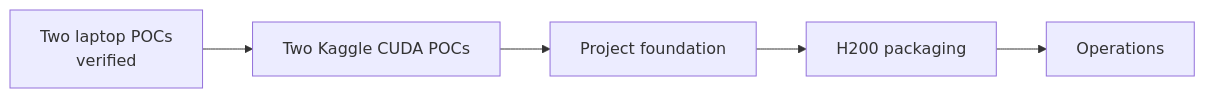
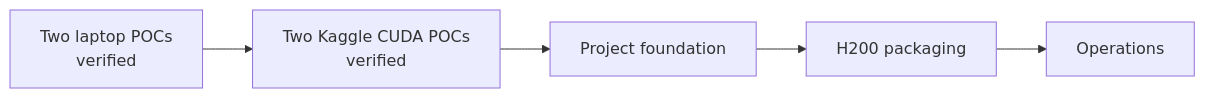
One commit to gh-andirdju/ml changed the diagram in docs/05-plan/phases.md. Above: the diagram before and after it, drawn with Mermaid. The commit also changed other lines of this file and 12 other files, not shown here.

Commit message:
Record verified Kaggle CUDA results

````diff
--- a/docs/05-plan/phases.md
+++ b/docs/05-plan/phases.md
@@ -6,7 +6,7 @@
 ```mermaid
 flowchart LR
-    local[Two laptop POCs<br/>verified] --> kaggle[Two Kaggle CUDA POCs]
+    local[Two laptop POCs<br/>verified] --> kaggle[Two Kaggle CUDA POCs<br/>verified]
     kaggle --> foundation[Project foundation]
     foundation --> cluster[H200 packaging]
     cluster --> operations[Operations]
 ```
````
